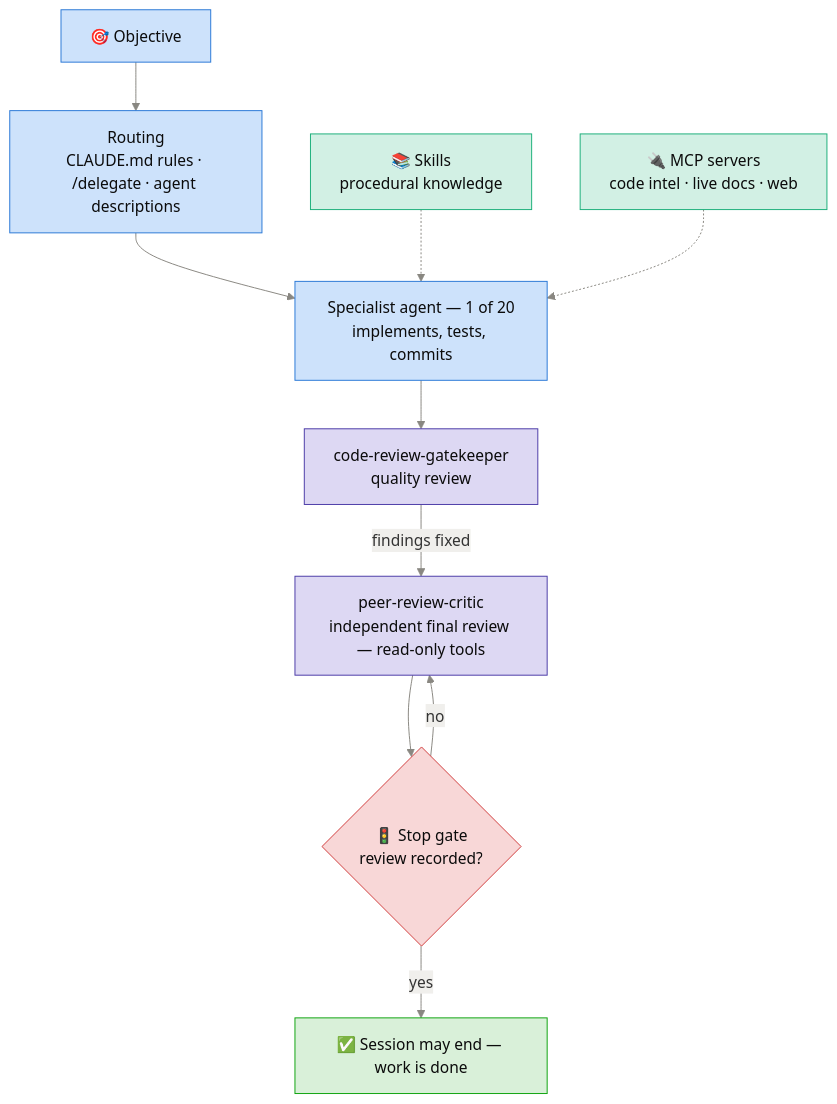
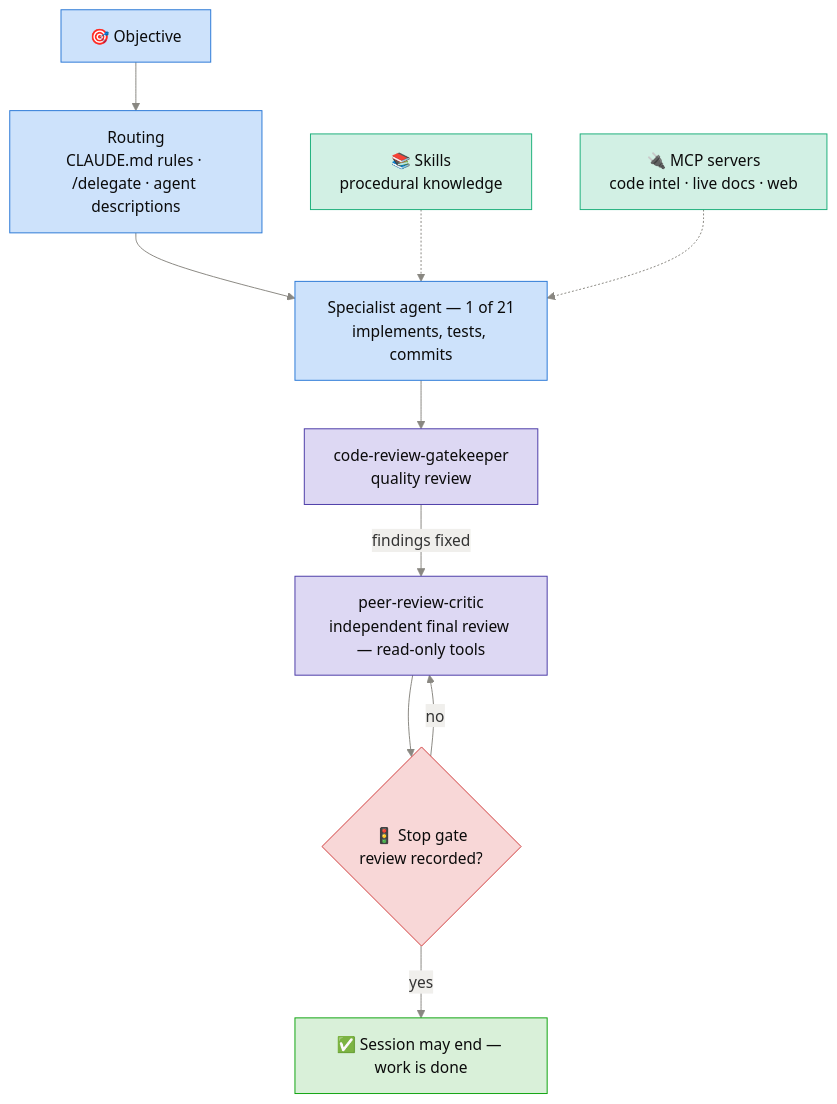
Before and after one commit to tomas-rampas/claude-agentic-framework: the fourth of 9 diagrams in docs/team-presentation.md, drawn with Mermaid. The commit also changed other lines of this file and 1 other file, not shown here.

First line of the commit message:
fix(docs): finish the 21-agent count sweep; polish pass is once per /build run

````diff
--- a/docs/team-presentation.md
+++ b/docs/team-presentation.md
@@ -81,23 +81,23 @@
 ```mermaid
 %%{init: {"theme": "base", "themeVariables": {"background": "transparent", "lineColor": "#898781", "textColor": "#898781", "clusterBkg": "transparent", "clusterBorder": "#898781", "edgeLabelBackground": "#f0efec"}}}%%
 flowchart TD
     O["🎯 Objective"] --> R["Routing<br/>CLAUDE.md rules · /delegate · agent descriptions"]
-    R --> S["Specialist agent — 1 of 20<br/>implements, tests, commits"]
+    R --> S["Specialist agent — 1 of 21<br/>implements, tests, commits"]
     SK["📚 Skills<br/>procedural knowledge"] -.-> S
     MCP["🔌 MCP servers<br/>code intel · live docs · web"] -.-> S
     S --> C1["code-review-gatekeeper<br/>quality review"]
     C1 -->|findings fixed| C2["peer-review-critic<br/>independent final review — read-only tools"]
     C2 --> GATE{"🚦 Stop gate<br/>review recorded?"}
     GATE -- no --> C2
     GATE -- yes --> DONE["✅ Session may end — work is done"]
     classDef flow fill:#cde2fb,stroke:#2a78d6,color:#0b0b0b
     classDef aid fill:#d2f0e4,stroke:#1baf7a,color:#0b0b0b
     classDef review fill:#ddd8f3,stroke:#4a3aa7,color:#0b0b0b
     classDef gate fill:#f8d7d7,stroke:#d03b3b,color:#0b0b0b
     classDef done fill:#d9f0d9,stroke:#0ca30c,color:#0b0b0b
     class O,R,S flow
     class SK,MCP aid
     class C1,C2 review
     class GATE gate
     class DONE done
 ```
````
